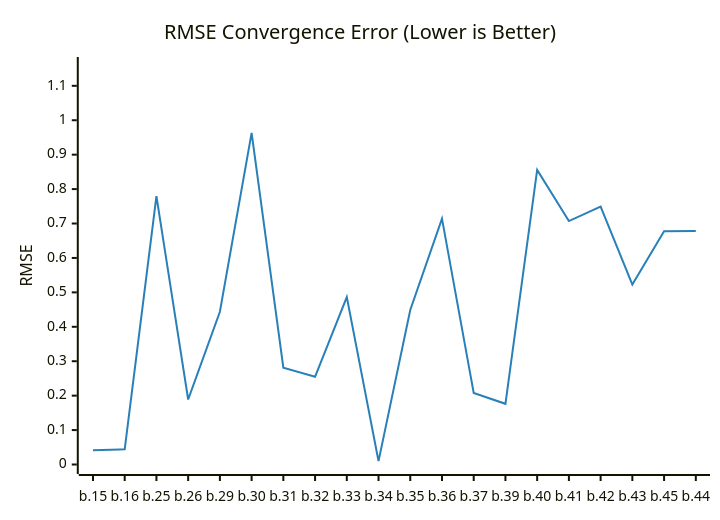
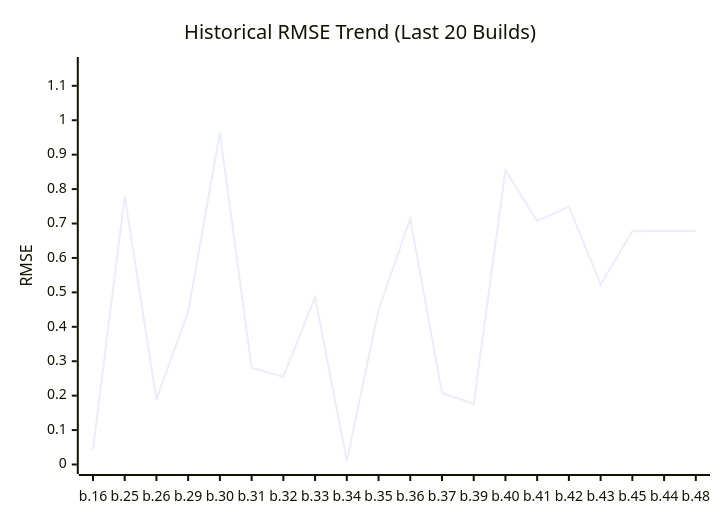
One commit to timo-eberl/tracy changed the first of 2 diagrams in README.md. Above: the diagram before and after it, drawn with Mermaid. The commit also changed other lines of this file and 3 other files, not shown here.

````diff
--- a/README.md
+++ b/README.md
@@ -13,14 +13,7 @@
 ```mermaid
----
-config:
-    theme: base
-    themeVariables:
-        xyChart:
-            plotColorPalette: "#2980b9"
----
 xychart-beta
-    title "RMSE Convergence Error (Lower is Better)"
-    x-axis ["b.15", "b.16", "b.25", "b.26", "b.29", "b.30", "b.31", "b.32", "b.33", "b.34", "b.35", "b.36", "b.37", "b.39", "b.40", "b.41", "b.42", "b.43", "b.45", "b.44"]
+    title "Historical RMSE Trend (Last 20 Builds)"
+    x-axis ["b.16", "b.25", "b.26", "b.29", "b.30", "b.31", "b.32", "b.33", "b.34", "b.35", "b.36", "b.37", "b.39", "b.40", "b.41", "b.42", "b.43", "b.45", "b.44", "b.48"]
     y-axis "RMSE" 0 --> 1.1561
-    line [0.041607, 0.043946, 0.7793, 0.1888, 0.4436, 0.9634, 0.2812, 0.2549, 0.4864, 0.0098, 0.4489, 0.7142, 0.2079, 0.1763, 0.8557, 0.7071, 0.749, 0.5226, 0.677836, 0.677984]
+    line [0.043946, 0.7793, 0.1888, 0.4436, 0.9634, 0.2812, 0.2549, 0.4864, 0.0098, 0.4489, 0.7142, 0.2079, 0.1763, 0.8557, 0.7071, 0.749, 0.5226, 0.677836, 0.677984, 0.678]
 ```
````
